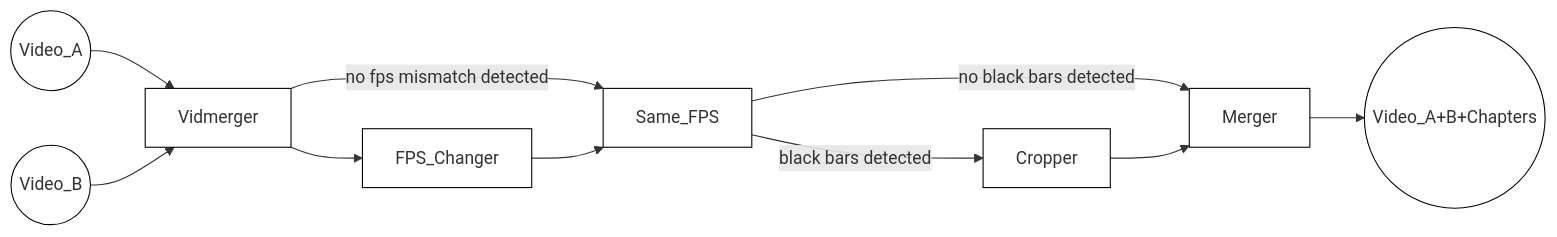
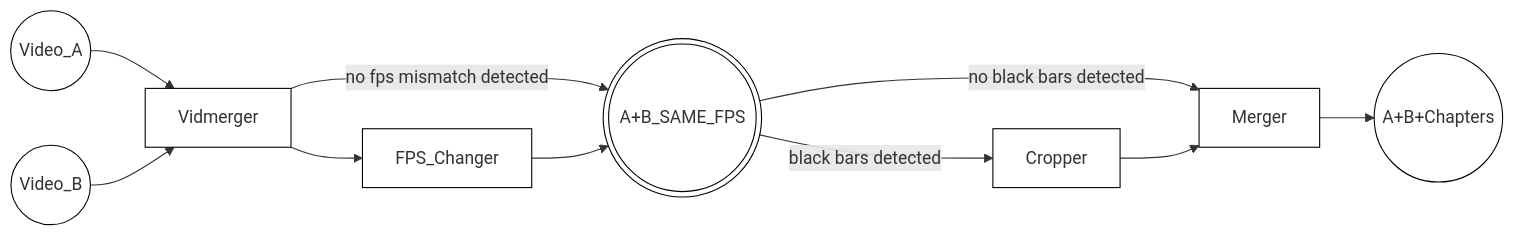
One commit to tgotwig/vidmerger changed the diagram in README.md. Above: the diagram before and after it, drawn with Mermaid. The commit also changed 1 other file, not shown here.

Commit message:
docs(diagram): rename to A+B+Chapters and A+B_SAME_FPS in circles

````diff
--- a/README.md
+++ b/README.md
@@ -70,12 +70,12 @@
 ```mermaid
 %%{init: {'themeVariables': { 'mainBkg': 'white', 'nodeBorder': 'black' }}}%%
 graph LR;
 VideoA((Video_A))-->Vidmerger;
 VideoB((Video_B))-->Vidmerger;
-Vidmerger-->|no fps mismatch detected| Same_FPS;
-Vidmerger-->FPS_Changer-->Same_FPS;
-Same_FPS-->|black bars detected| Cropper;
-Same_FPS-->|no black bars detected| Merger;
+Vidmerger-->|no fps mismatch detected| A_B_SAME_FPS((("A+B_SAME_FPS")));
+Vidmerger-->FPS_Changer-->A_B_SAME_FPS;
+A_B_SAME_FPS-->|black bars detected| Cropper;
+A_B_SAME_FPS-->|no black bars detected| Merger;
 Cropper-->Merger;
-Merger-->Output((Video_A+B+Chapters));
+Merger-->Output((A+B+Chapters));
 ```
````
